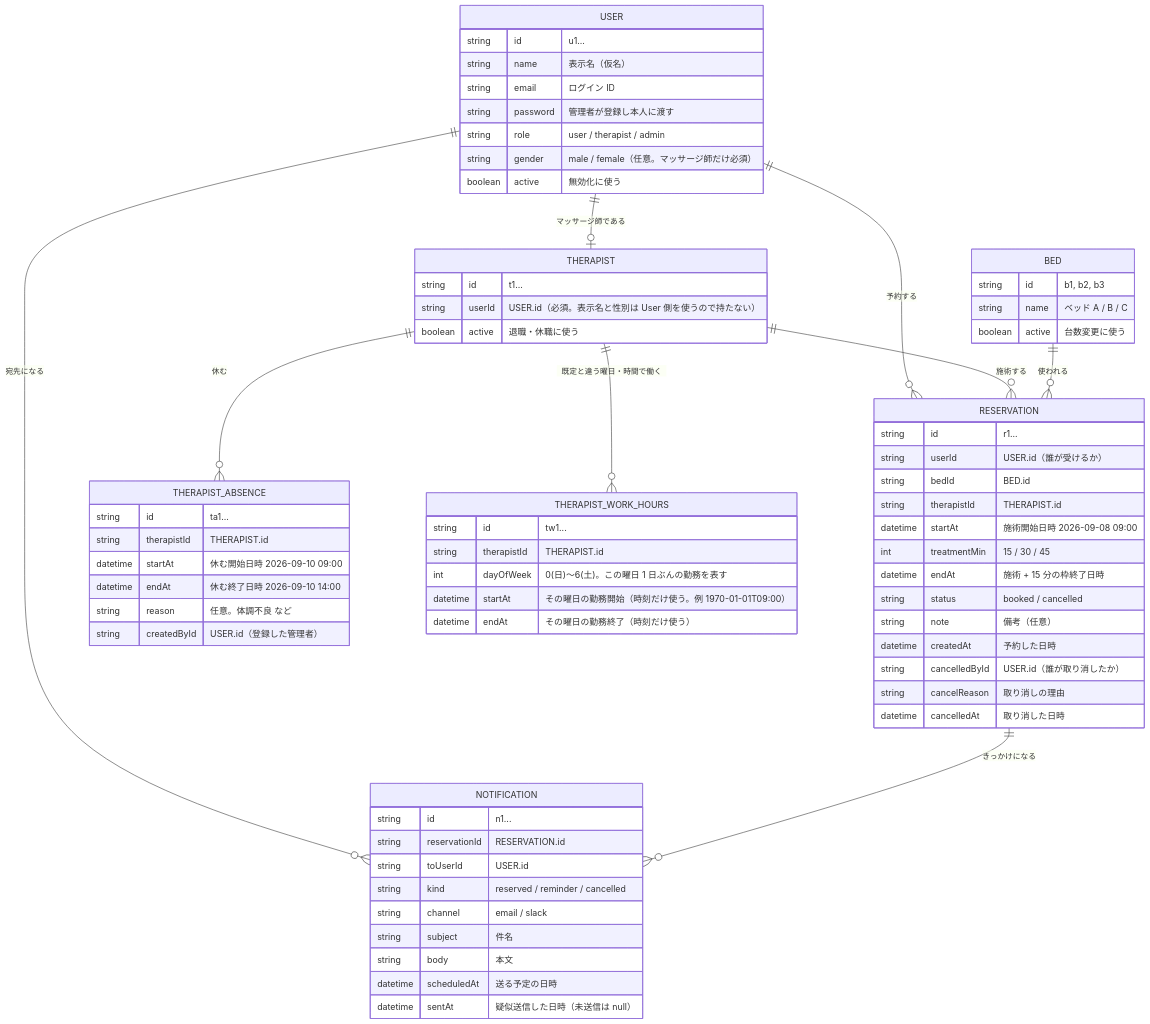
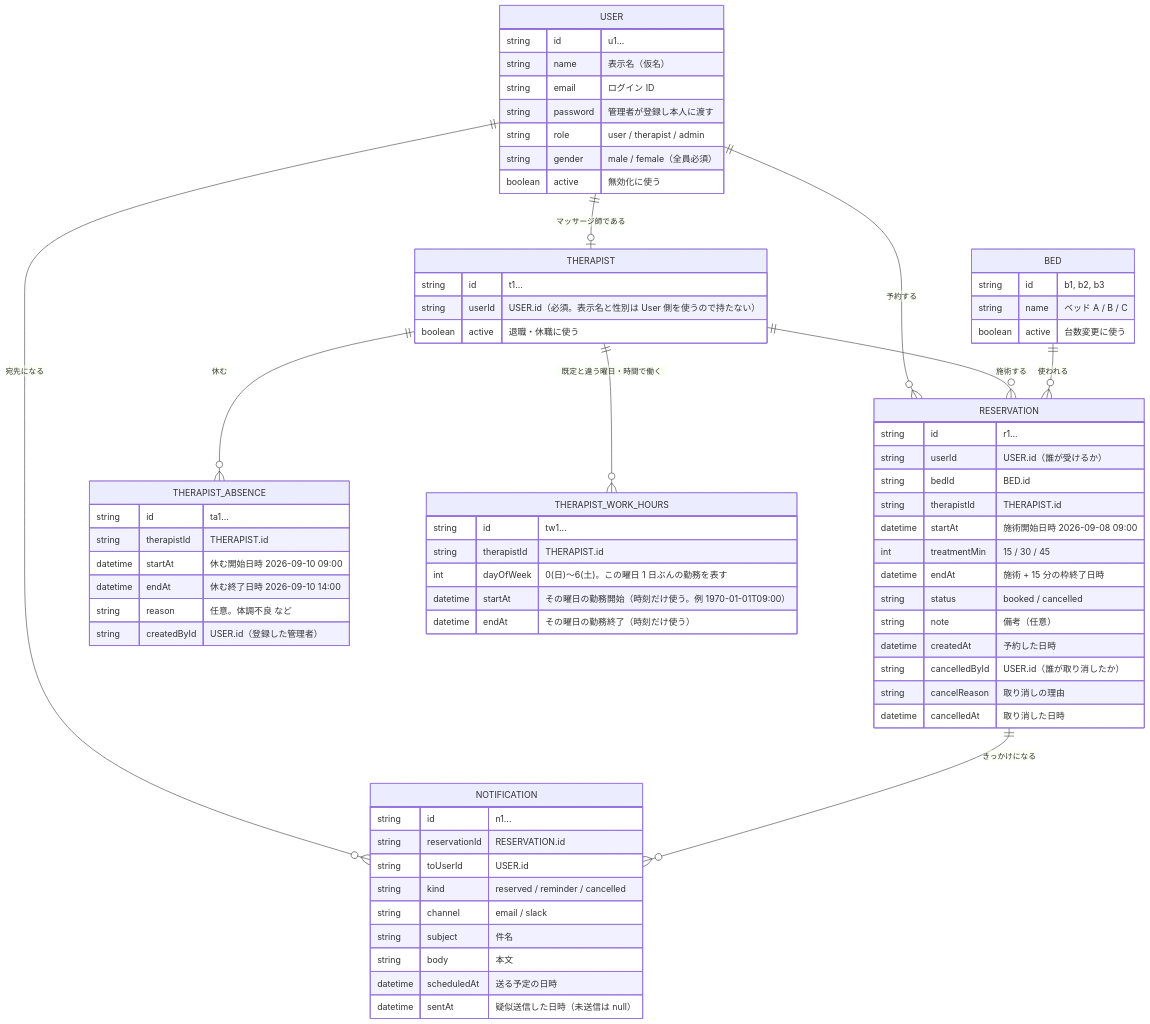
The diagram in docs/intern/diagrams/er-v2.mmd (e225721B/RefreshHub), drawn with Mermaid before and after one commit. The commit also changed 12 other files, not shown here.

```diff
--- a/docs/intern/diagrams/er-v2.mmd
+++ b/docs/intern/diagrams/er-v2.mmd
@@ -1,70 +1,70 @@
 erDiagram
   USER ||--o{ RESERVATION : "予約する"
   USER ||--o| THERAPIST : "マッサージ師である"
   USER ||--o{ NOTIFICATION : "宛先になる"
   THERAPIST ||--o{ THERAPIST_ABSENCE : "休む"
   THERAPIST ||--o{ THERAPIST_WORK_HOURS : "既定と違う曜日・時間で働く"
   THERAPIST ||--o{ RESERVATION : "施術する"
   BED ||--o{ RESERVATION : "使われる"
   RESERVATION ||--o{ NOTIFICATION : "きっかけになる"
 
   USER {
     string id "u1..."
     string name "表示名（仮名）"
     string email "ログイン ID"
     string password "管理者が登録し本人に渡す"
     string role "user / therapist / admin"
-    string gender "male / female（任意。マッサージ師だけ必須）"
+    string gender "male / female（全員必須）"
     boolean active "無効化に使う"
   }
   THERAPIST {
     string id "t1..."
     string userId "USER.id（必須。表示名と性別は User 側を使うので持たない）"
     boolean active "退職・休職に使う"
   }
   BED {
     string id "b1, b2, b3"
     string name "ベッド A / B / C"
     boolean active "台数変更に使う"
   }
   THERAPIST_ABSENCE {
     string id "ta1..."
     string therapistId "THERAPIST.id"
     datetime startAt "休む開始日時 2026-09-10 09:00"
     datetime endAt "休む終了日時 2026-09-10 14:00"
     string reason "任意。体調不良 など"
     string createdById "USER.id（登録した管理者）"
   }
   THERAPIST_WORK_HOURS {
     string id "tw1..."
     string therapistId "THERAPIST.id"
     int dayOfWeek "0(日)〜6(土)。この曜日 1 日ぶんの勤務を表す"
     datetime startAt "その曜日の勤務開始（時刻だけ使う。例 1970-01-01T09:00）"
     datetime endAt "その曜日の勤務終了（時刻だけ使う）"
   }
   RESERVATION {
     string id "r1..."
     string userId "USER.id（誰が受けるか）"
     string bedId "BED.id"
     string therapistId "THERAPIST.id"
     datetime startAt "施術開始日時 2026-09-08 09:00"
     int treatmentMin "15 / 30 / 45"
     datetime endAt "施術 + 15 分の枠終了日時"
     string status "booked / cancelled"
     string note "備考（任意）"
     datetime createdAt "予約した日時"
     string cancelledById "USER.id（誰が取り消したか）"
     string cancelReason "取り消しの理由"
     datetime cancelledAt "取り消した日時"
   }
   NOTIFICATION {
     string id "n1..."
     string reservationId "RESERVATION.id"
     string toUserId "USER.id"
     string kind "reserved / reminder / cancelled"
     string channel "email / slack"
     string subject "件名"
     string body "本文"
     datetime scheduledAt "送る予定の日時"
     datetime sentAt "疑似送信した日時（未送信は null）"
   }
```
